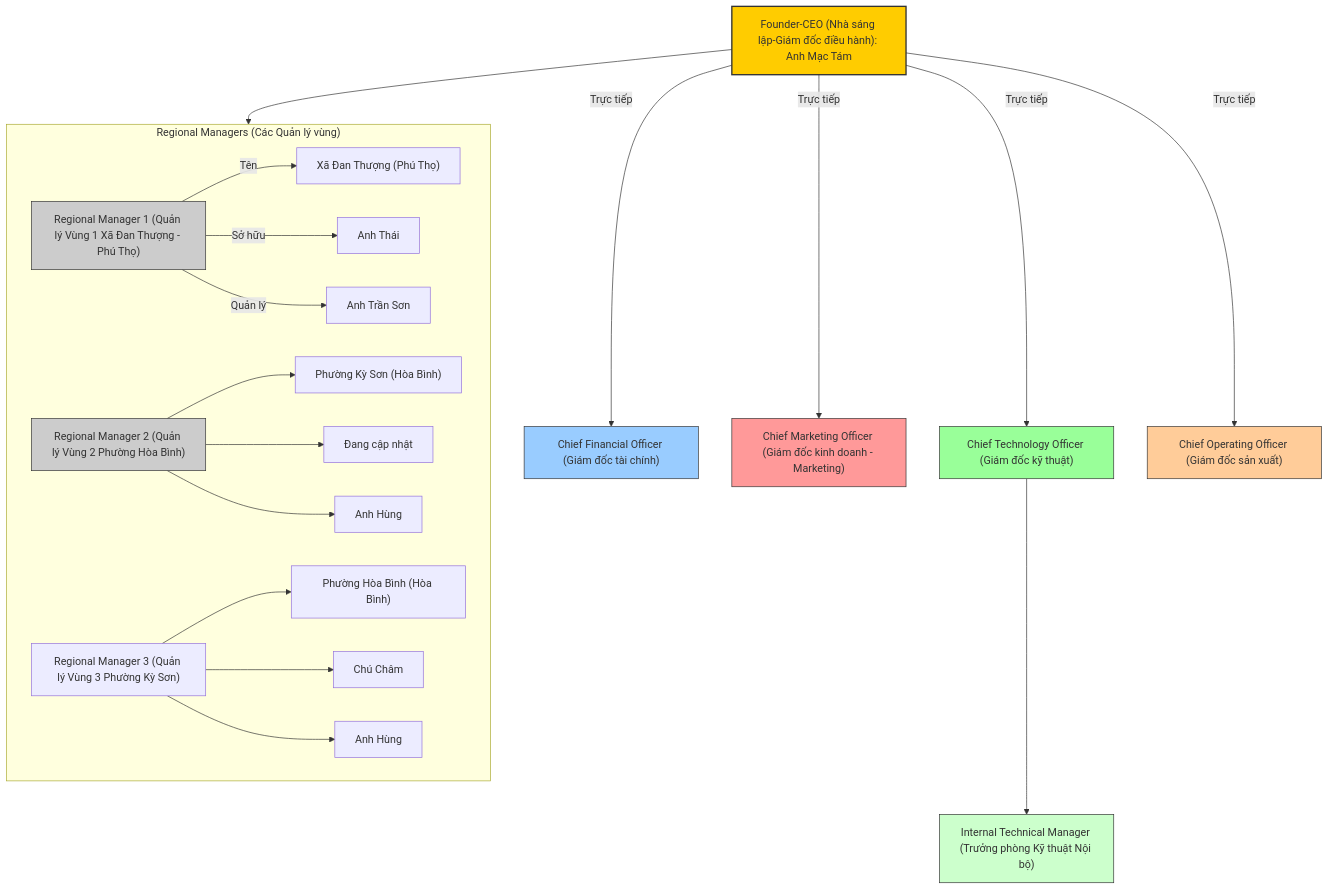
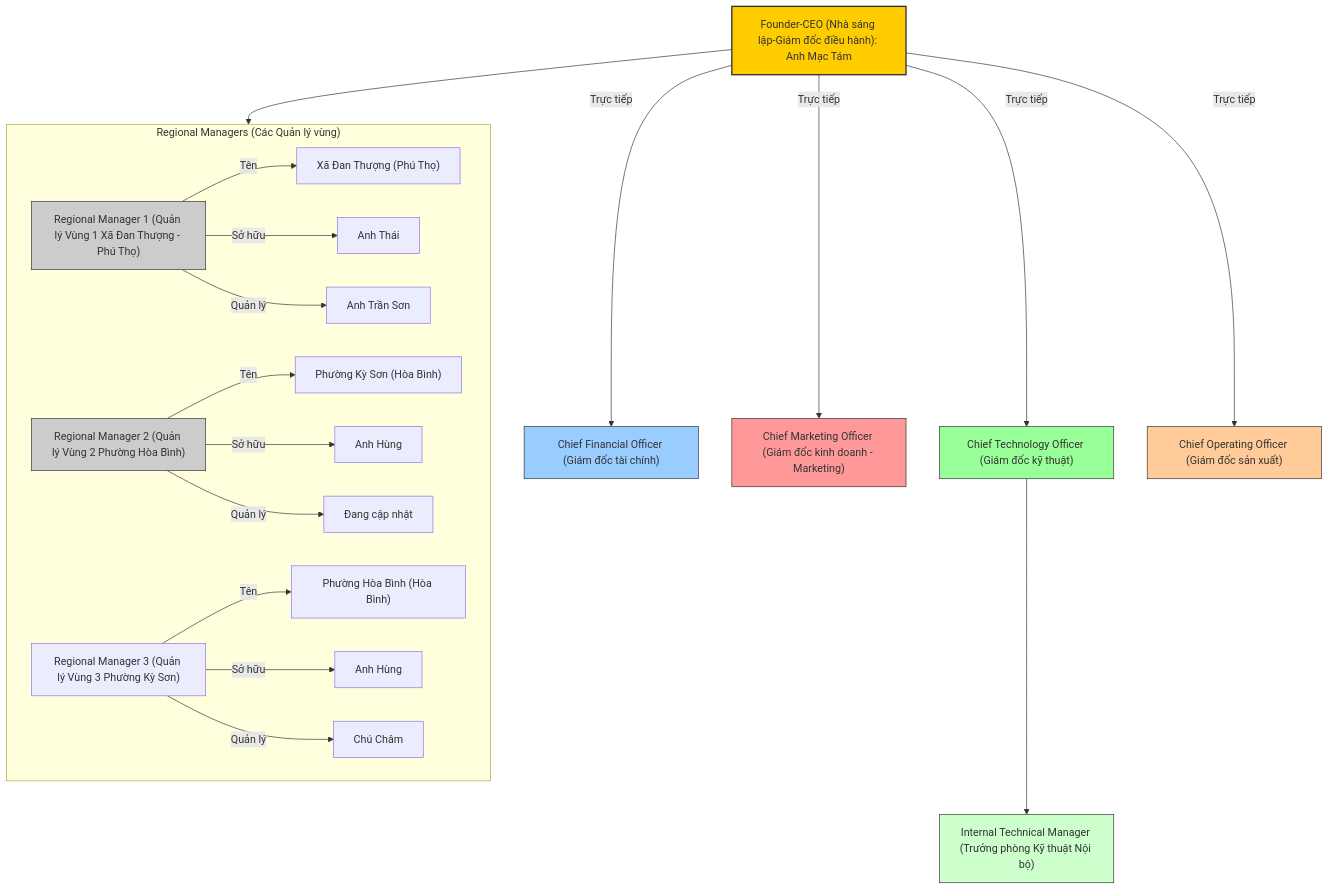
One commit to trethanhphat/gioi-thieu changed the diagram in organizational-chart.md. Above: the diagram before and after it, drawn with Mermaid.

````diff
--- a/organizational-chart.md
+++ b/organizational-chart.md
@@ -3,42 +3,42 @@
 ```mermaid
 flowchart TD
 CEO["Founder-CEO (Nhà sáng lập-Giám đốc điều hành): Anh Mạc Tám"]
     CEO --> |"Trực tiếp"| CFO["Chief Financial Officer (Giám đốc tài chính)"]
     CEO --> |"Trực tiếp"| CMO["Chief Marketing Officer (Giám đốc kinh doanh - Marketing)"]
     CEO --> |"Trực tiếp"| CTO["Chief Technology Officer (Giám đốc kỹ thuật)"]
     CEO --> |"Trực tiếp"| COO["Chief Operating Officer (Giám đốc sản xuất)"]
     %% Gom nhóm quản lý vùng
     subgraph REG["Regional Managers (Các Quản lý vùng)"]
         direction LR
         RM1["Regional Manager 1 (Quản lý Vùng 1 Xã Đan Thượng - Phú Thọ)"]
         RM1 --> |"Tên"| RM1-NAME["Xã Đan Thượng (Phú Thọ)"]
-        RM1 --> |"Sở hữu"|RM1-OWNER["Anh Thái"]
-        RM1 --> |"Quản lý"|RM1-MAN["Anh Trần Sơn"]
+        RM1 --> |"Sở hữu"| RM1-OWNER["Anh Thái"]
+        RM1 --> |"Quản lý"| RM1-MAN["Anh Trần Sơn"]
 
         RM2["Regional Manager 2 (Quản lý Vùng 2 Phường Hòa Bình)"]
-        RM2 --> RM2-NAME["Phường Kỳ Sơn (Hòa Bình)"]
-        RM2 --> RM2-MAN["Đang cập nhật"]
-        RM2 --> RM2-OWNER["Anh Hùng"]
+        RM2 --> |"Tên"| RM2-NAME["Phường Kỳ Sơn (Hòa Bình)"]
+        RM2 --> |"Sở hữu"| RM2-OWNER["Anh Hùng"]
+        RM2 --> |"Quản lý"| RM2-MAN["Đang cập nhật"]
 
         RM3["Regional Manager 3 (Quản lý Vùng 3 Phường Kỳ Sơn)"]
-        RM3 --> RM3-NAME["Phường Hòa Bình (Hòa Bình)"]
-        RM3 --> RM3-MAN["Chú Châm"]
-        RM3 --> RM3-OWNER["Anh Hùng"]
+        RM3 --> |"Tên"| RM3-NAME["Phường Hòa Bình (Hòa Bình)"]
+        RM3 --> |"Sở hữu"| RM3-OWNER["Anh Hùng"]
+        RM3 --> |"Quản lý"| RM3-MAN["Chú Châm"]
 
     end
     CEO --> REG
 
     CTO --> ITM["Internal Technical Manager (Trưởng phòng Kỹ thuật Nội bộ)"]
 
 %% 🎨 Màu sắc
     style CEO fill:#ffcc00,stroke:#333,stroke-width:2px
     style CFO fill:#99ccff,stroke:#333,stroke-width:1px
     style CMO fill:#ff9999,stroke:#333,stroke-width:1px
     style CTO fill:#99ff99,stroke:#333,stroke-width:1px
     style COO fill:#ffcc99,stroke:#333,stroke-width:1px
     style RM1 fill:#cccccc,stroke:#333,stroke-width:1px
     style RM2 fill:#cccccc,stroke:#333,stroke-width:1px
     style ITM fill:#ccffcc,stroke:#333,stroke-width:1px
 
 
 ```
````
